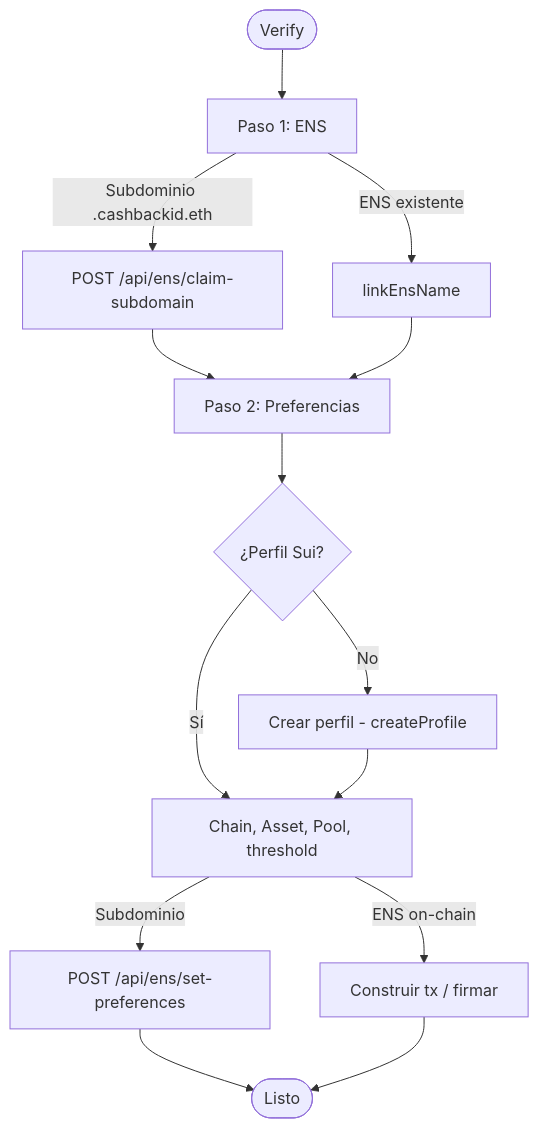
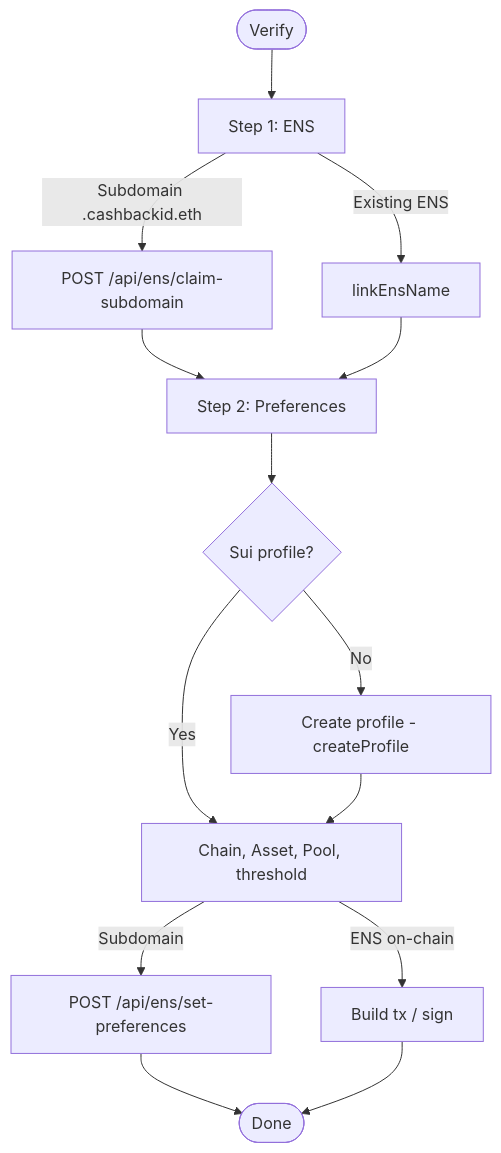
Before and after one commit to SegFaultPapi/cashback-id: the fourth of 5 diagrams in README.md, drawn with Mermaid. The commit also changed other lines of this file, not shown here.

Commit message:
docs: README in English, fix Pay Mermaid diagram (semicolon parse error)

````diff
--- a/README.md
+++ b/README.md
@@ -92,16 +92,16 @@
 ```mermaid
 flowchart TD
-  V([Verify]) --> S1[Paso 1: ENS]
-  S1 -->|Subdominio .cashbackid.eth| API1[POST /api/ens/claim-subdomain]
-  S1 -->|ENS existente| Link[linkEnsName]
-  API1 --> S2[Paso 2: Preferencias]
+  V([Verify]) --> S1[Step 1: ENS]
+  S1 -->|Subdomain .cashbackid.eth| API1[POST /api/ens/claim-subdomain]
+  S1 -->|Existing ENS| Link[linkEnsName]
+  API1 --> S2[Step 2: Preferences]
   Link --> S2
-  S2 --> Profile{¿Perfil Sui?}
-  Profile -->|No| Create[Crear perfil - createProfile]
-  Profile -->|Sí| Prefs[Chain, Asset, Pool, threshold]
+  S2 --> Profile{Sui profile?}
+  Profile -->|No| Create[Create profile - createProfile]
+  Profile -->|Yes| Prefs[Chain, Asset, Pool, threshold]
   Create --> Prefs
-  Prefs -->|Subdominio| API2[POST /api/ens/set-preferences]
-  Prefs -->|ENS on-chain| Tx[Construir tx / firmar]
-  API2 --> Success([Listo])
+  Prefs -->|Subdomain| API2[POST /api/ens/set-preferences]
+  Prefs -->|ENS on-chain| Tx[Build tx / sign]
+  API2 --> Success([Done])
   Tx --> Success
 ```
````
